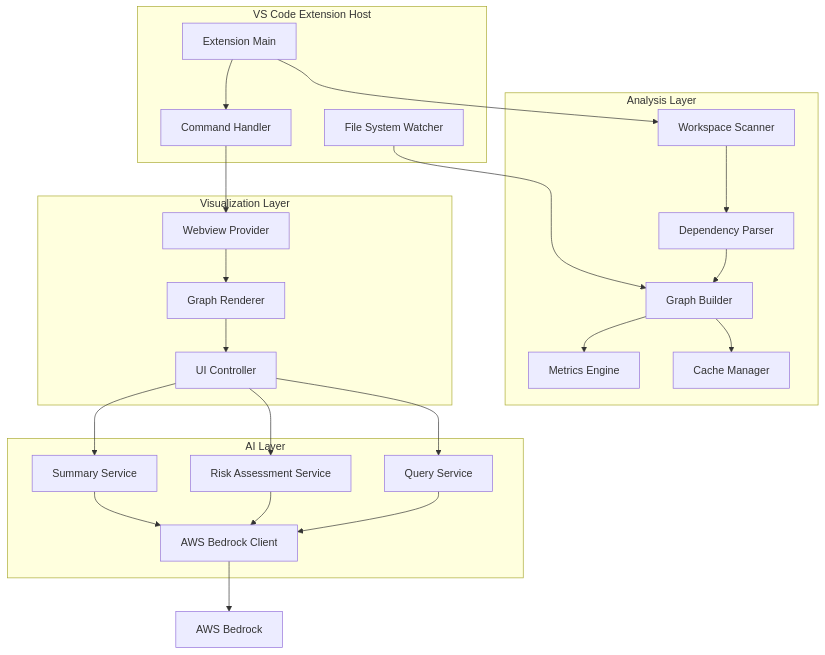
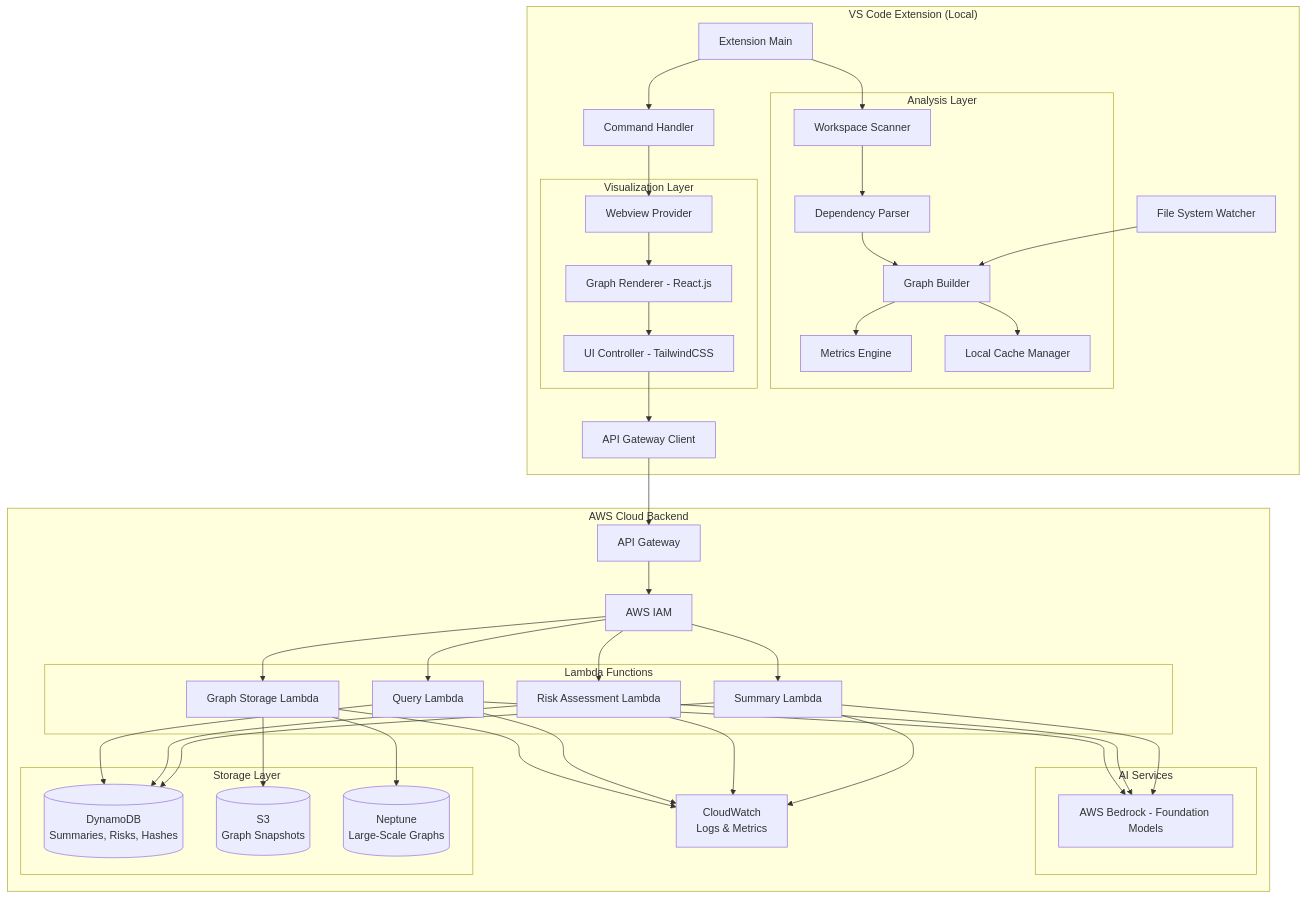
The diagram in design.md (byteninja010/code-chronicle), drawn with Mermaid before and after one commit. The commit also changed other lines of this file and 1 other file, not shown here.

Commit message:
Updated the architecture

````diff
--- a/design.md
+++ b/design.md
@@ -16,30 +30,49 @@
 ```mermaid
 graph TB
-    subgraph "VS Code Extension Host"
+    subgraph "VS Code Extension (Local)"
         ExtensionMain[Extension Main]
         FileWatcher[File System Watcher]
         CommandHandler[Command Handler]
+        
+        subgraph "Analysis Layer"
+            Scanner[Workspace Scanner]
+            Parser[Dependency Parser]
+            GraphBuilder[Graph Builder]
+            MetricsEngine[Metrics Engine]
+            LocalCache[Local Cache Manager]
+        end
+        
+        subgraph "Visualization Layer"
+            WebviewProvider[Webview Provider]
+            GraphRenderer[Graph Renderer - React.js]
+            UIController[UI Controller - TailwindCSS]
+        end
+        
+        APIClient[API Gateway Client]
     end
     
-    subgraph "Analysis Layer"
-        Scanner[Workspace Scanner]
-        Parser[Dependency Parser]
-        GraphBuilder[Graph Builder]
-        MetricsEngine[Metrics Engine]
-        Cache[Cache Manager]
-    end
-    
-    subgraph "AI Layer"
-        AIClient[AWS Bedrock Client]
-        SummaryService[Summary Service]
-        RiskService[Risk Assessment Service]
-        QueryService[Query Service]
-    end
-    
-    subgraph "Visualization Layer"
-        WebviewProvider[Webview Provider]
-        GraphRenderer[Graph Renderer]
-        UIController[UI Controller]
+    subgraph "AWS Cloud Backend"
+        APIGateway[API Gateway]
+        IAM[AWS IAM]
+        
+        subgraph "Lambda Functions"
+            SummaryLambda[Summary Lambda]
+            RiskLambda[Risk Assessment Lambda]
+            QueryLambda[Query Lambda]
+            GraphLambda[Graph Storage Lambda]
+        end
+        
+        subgraph "AI Services"
+            Bedrock[AWS Bedrock - Foundation Models]
+        end
+        
+        subgraph "Storage Layer"
+            DynamoDB[(DynamoDB<br/>Summaries, Risks, Hashes)]
+            S3[(S3<br/>Graph Snapshots)]
+            Neptune[(Neptune<br/>Large-Scale Graphs)]
+        end
+        
+        CloudWatch[CloudWatch<br/>Logs & Metrics]
     end
     
     ExtensionMain --> Scanner
@@ -48,19 +81,32 @@
     Scanner --> Parser
     Parser --> GraphBuilder
     GraphBuilder --> MetricsEngine
-    GraphBuilder --> Cache
+    GraphBuilder --> LocalCache
     
     CommandHandler --> WebviewProvider
     WebviewProvider --> GraphRenderer
     GraphRenderer --> UIController
     
-    UIController --> SummaryService
-    UIController --> RiskService
-    UIController --> QueryService
+    UIController --> APIClient
+    APIClient --> APIGateway
+    APIGateway --> IAM
+    IAM --> SummaryLambda
+    IAM --> RiskLambda
+    IAM --> QueryLambda
+    IAM --> GraphLambda
     
-    SummaryService --> AIClient
-    RiskService --> AIClient
-    QueryService --> AIClient
+    SummaryLambda --> Bedrock
+    RiskLambda --> Bedrock
+    QueryLambda --> Bedrock
     
-    AIClient --> AWS[AWS Bedrock]
+    SummaryLambda --> DynamoDB
+    RiskLambda --> DynamoDB
+    QueryLambda --> DynamoDB
+    GraphLambda --> S3
+    GraphLambda --> Neptune
+    
+    SummaryLambda --> CloudWatch
+    RiskLambda --> CloudWatch
+    QueryLambda --> CloudWatch
+    GraphLambda --> CloudWatch
 ```
````
